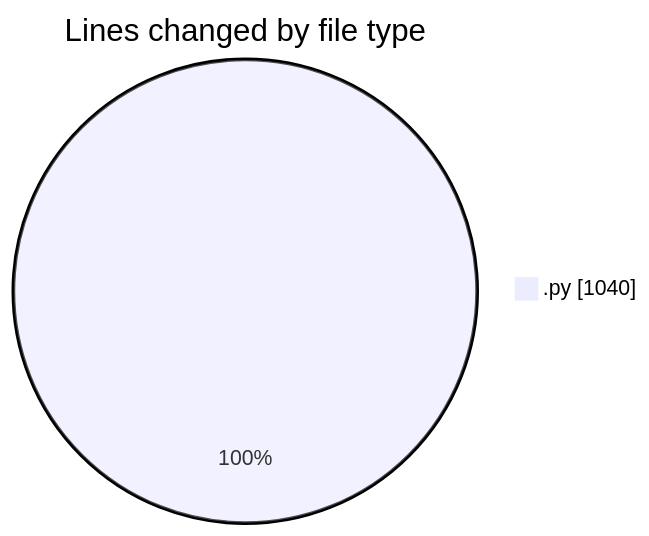
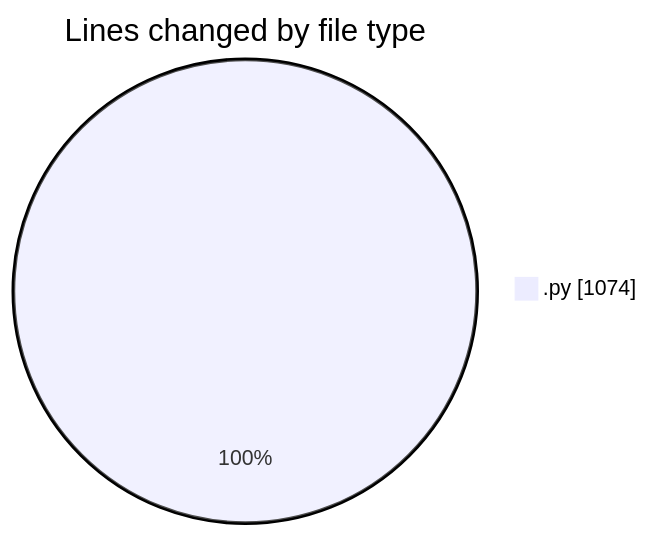
The first of 2 diagrams in 2025-11-07/eventscop-api-guide__workspace_/README.md (julien-gomy/code-tracking), drawn with Mermaid before and after one commit. The commit also changed other lines of this file and 1 other file, not shown here.

````diff
--- a/2025-11-07/eventscop-api-guide__workspace_/README.md
+++ b/2025-11-07/eventscop-api-guide__workspace_/README.md
@@ -23,5 +24,5 @@
 ```mermaid
 pie showData
 title Lines changed by file type
-".py" : 1040
+".py" : 1074
 ```
````
